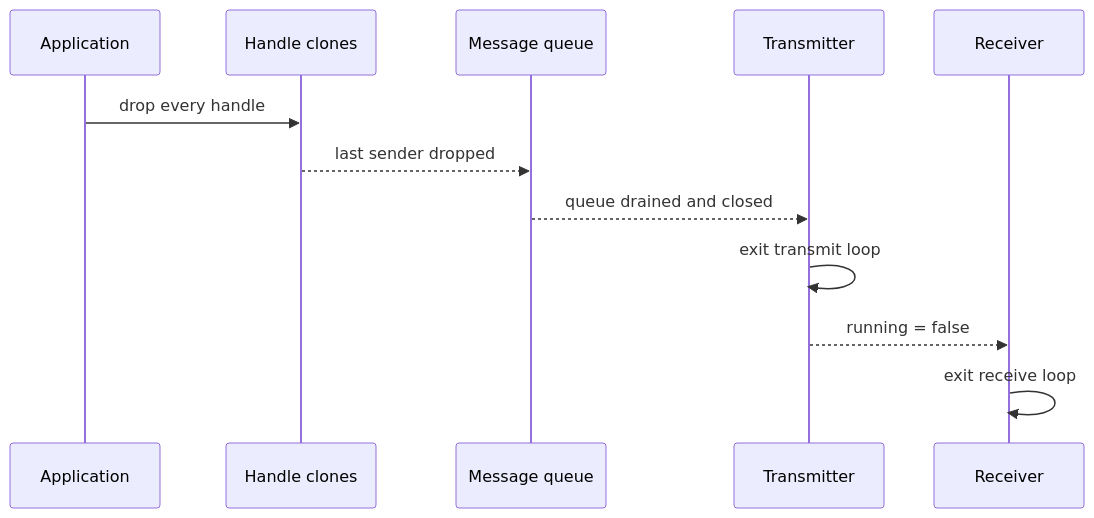
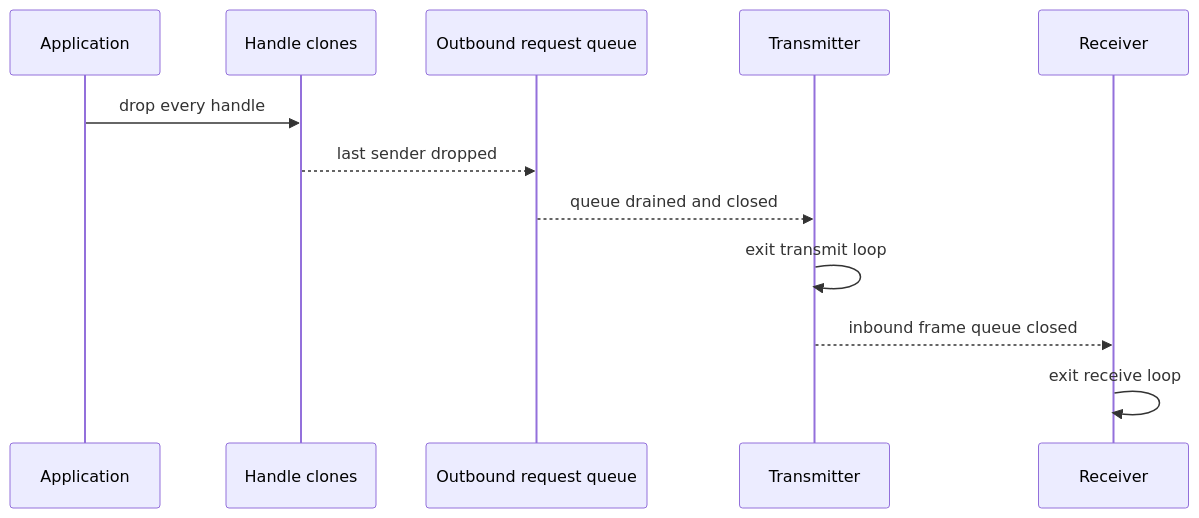
Before and after one commit to PaulmannLighting/ashv2: the sixth of 6 diagrams in ARCHITECTURE.md, drawn with Mermaid. The commit also changed other lines of this file and 18 other files, not shown here.

````diff
--- a/ARCHITECTURE.md
+++ b/ARCHITECTURE.md
@@ -217,15 +220,15 @@
 ```mermaid
 sequenceDiagram
     participant A as Application
     participant H as Handle clones
-    participant Q as Message queue
+    participant Q as Outbound request queue
     participant T as Transmitter
     participant R as Receiver
 
     A->>H: drop every handle
     H-->>Q: last sender dropped
     Q-->>T: queue drained and closed
     T->>T: exit transmit loop
-    T-->>R: running = false
+    T-->>R: inbound frame queue closed
     R->>R: exit receive loop
 ```
````
